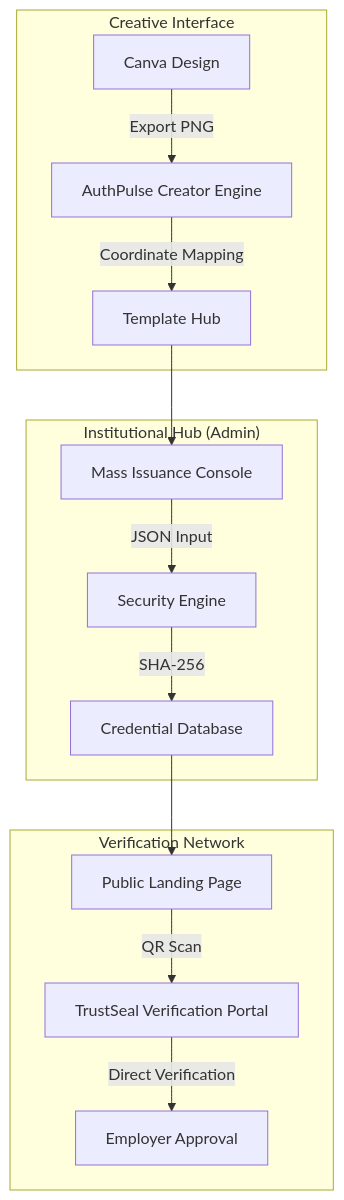
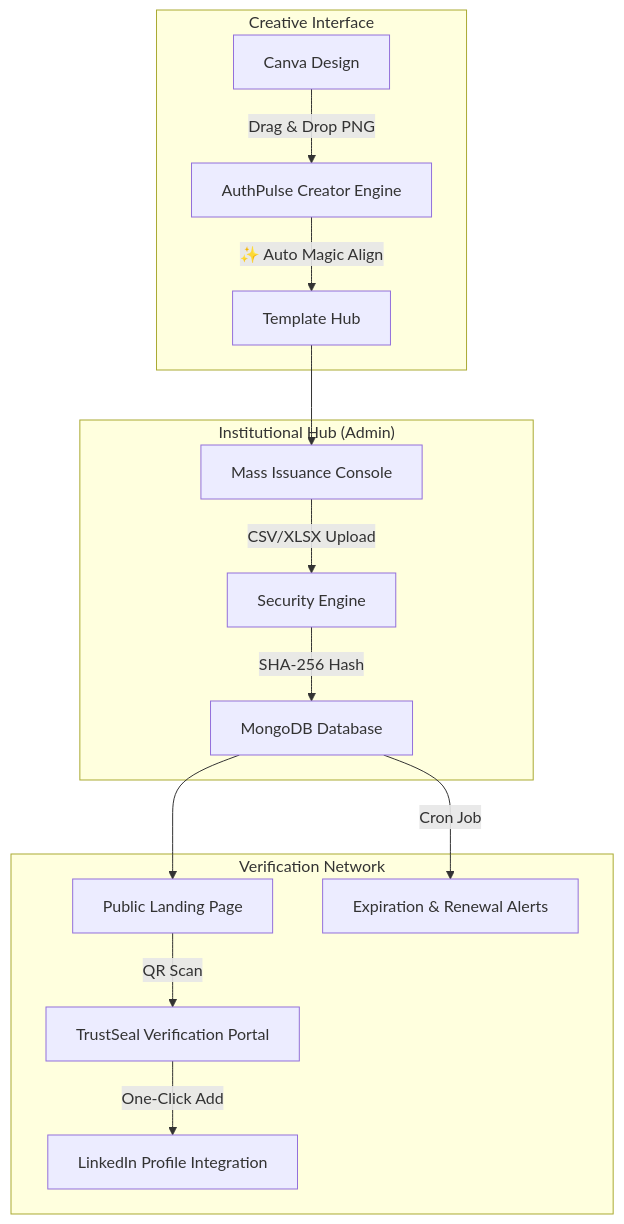
The diagram in README.md (vanshjain271/AuthPulse), drawn with Mermaid before and after one commit. The commit also changed other lines of this file, not shown here.

Commit message:
docs: comprehensively update README with system architecture, security details, and module documentation

````diff
--- a/README.md
+++ b/README.md
@@ -13,19 +13,20 @@
 ```mermaid
 graph TD
     subgraph "Creative Interface"
-        A[Canva Design] -->|Export PNG| B[AuthPulse Creator Engine]
-        B -->|Coordinate Mapping| C[Template Hub]
+        A[Canva Design] -->|Drag & Drop PNG| B[AuthPulse Creator Engine]
+        B -->|✨ Auto Magic Align| C[Template Hub]
     end
     
     subgraph "Institutional Hub (Admin)"
         C --> D[Mass Issuance Console]
-        D -->|JSON Input| E[Security Engine]
-        E -->|SHA-256| F[Credential Database]
+        D -->|CSV/XLSX Upload| E[Security Engine]
+        E -->|SHA-256 Hash| F[MongoDB Database]
     end
     
     subgraph "Verification Network"
         F --> G[Public Landing Page]
+        F -->|Cron Job| Ex[Expiration & Renewal Alerts]
         G -->|QR Scan| H[TrustSeal Verification Portal]
-        H -->|Direct Verification| I[Employer Approval]
+        H -->|One-Click Add| I[LinkedIn Profile Integration]
     end
 ```
````
